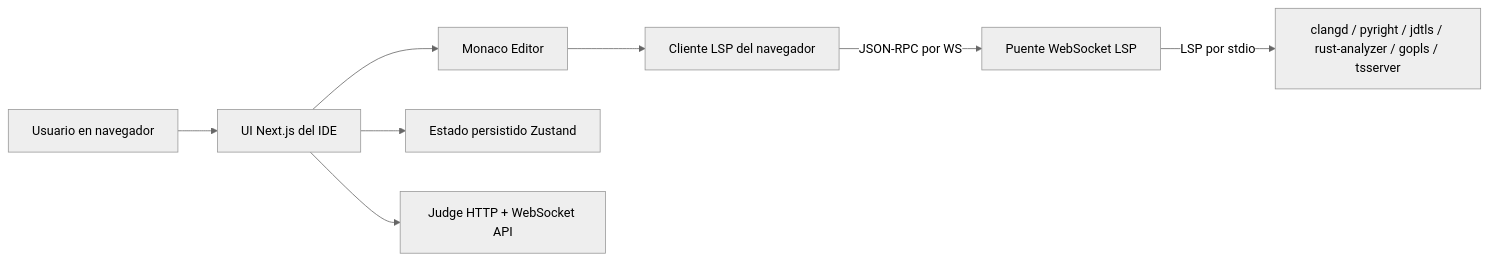
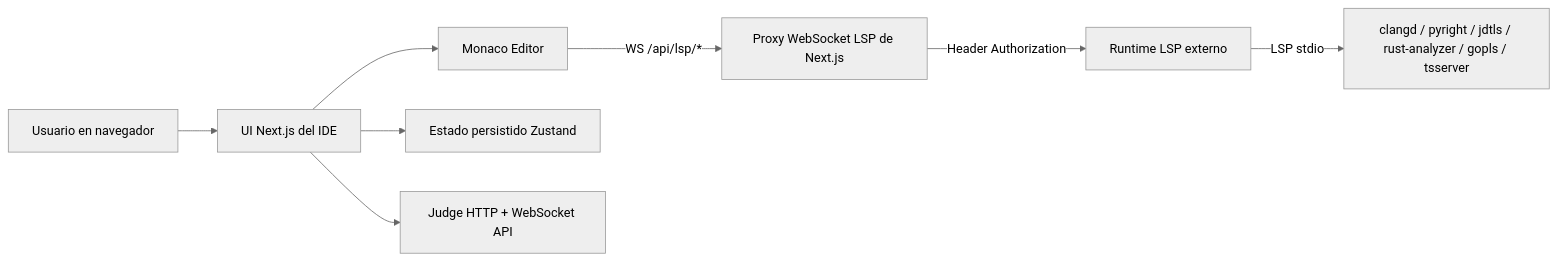
Before and after one commit to samuelloza/vibe-ide: the first of 3 diagrams in README.es.md, drawn with Mermaid (neutral theme). The commit also changed other lines of this file and 1 other file, not shown here.

````diff
--- a/README.es.md
+++ b/README.es.md
@@ -47,19 +50,19 @@
 ```mermaid
 flowchart LR
   User[Usuario en navegador]
   UI[UI Next.js del IDE]
   Monaco[Monaco Editor]
   Store[Estado persistido Zustand]
   Judge[Judge HTTP + WebSocket API]
-  LSPClient[Cliente LSP del navegador]
-  Bridge[Puente WebSocket LSP]
+  Proxy[Proxy WebSocket LSP de Next.js]
+  Runtime[Runtime LSP externo]
   Servers[clangd / pyright / jdtls / rust-analyzer / gopls / tsserver]
 
   User --> UI
   UI --> Store
   UI --> Monaco
   UI --> Judge
-  Monaco --> LSPClient
-  LSPClient -->|JSON-RPC por WS| Bridge
-  Bridge -->|LSP por stdio| Servers
+  Monaco -->|WS /api/lsp/*| Proxy
+  Proxy -->|Header Authorization| Runtime
+  Runtime -->|LSP stdio| Servers
 ```
````
